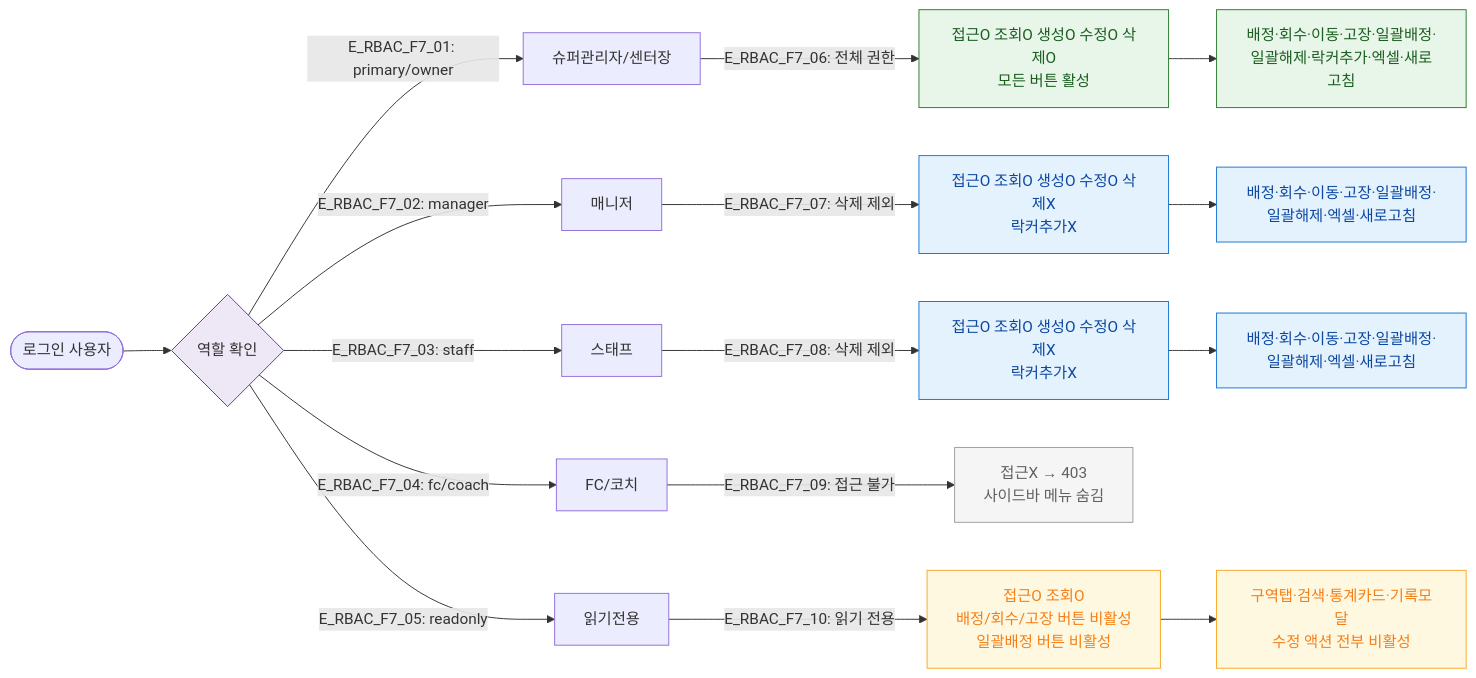
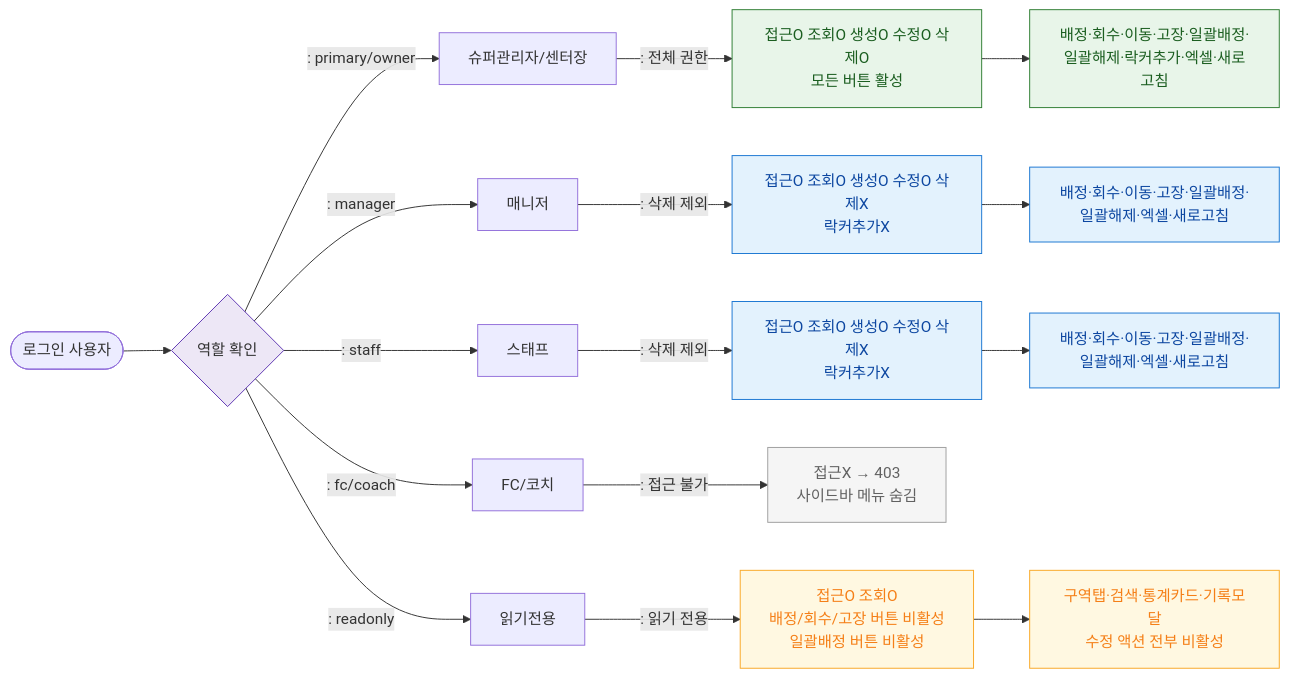
One commit to dev-spogym/admin-pando changed the diagram in docs/다이어그램/D06_시설관리/SCR-050_락커관리/F7_권한.md. Above: the diagram before and after it, drawn with Mermaid. The commit also changed other lines of this file and 1660 other files, not shown here.

First line of the commit message:
다이어그램: 기획자/클라이언트 납품본으로 정리

````diff
--- a/docs/다이어그램/D06_시설관리/SCR-050_락커관리/F7_권한.md
+++ b/docs/다이어그램/D06_시설관리/SCR-050_락커관리/F7_권한.md
@@ -22,34 +20,34 @@
 ```mermaid
 flowchart LR
     Login([로그인 사용자]) --> RoleCheck{역할 확인}
 
-    RoleCheck -->|"E_RBAC_F7_01: primary/owner"| RolePO[슈퍼관리자/센터장]
-    RoleCheck -->|"E_RBAC_F7_02: manager"| RoleMgr[매니저]
-    RoleCheck -->|"E_RBAC_F7_03: staff"| RoleStaff[스태프]
-    RoleCheck -->|"E_RBAC_F7_04: fc/coach"| RoleFC[FC/코치]
-    RoleCheck -->|"E_RBAC_F7_05: readonly"| RoleRO[읽기전용]
+    RoleCheck -->|": primary/owner"|RolePO[슈퍼관리자/센터장]
+    RoleCheck -->|": manager"|RoleMgr[매니저]
+    RoleCheck -->|": staff"|RoleStaff[스태프]
+    RoleCheck -->|": fc/coach"|RoleFC[FC/코치]
+    RoleCheck -->|": readonly"|RoleRO[읽기전용]
 
-    RolePO -->|"E_RBAC_F7_06: 전체 권한"| FullAccess[접근O 조회O 생성O 수정O 삭제O\n모든 버튼 활성]
-    RoleMgr -->|"E_RBAC_F7_07: 삭제 제외"| MgrAccess[접근O 조회O 생성O 수정O 삭제X\n락커추가X]
-    RoleStaff -->|"E_RBAC_F7_08: 삭제 제외"| StaffAccess[접근O 조회O 생성O 수정O 삭제X\n락커추가X]
-    RoleFC -->|"E_RBAC_F7_09: 접근 불가"| Blocked[접근X → 403\n사이드바 메뉴 숨김]
-    RoleRO -->|"E_RBAC_F7_10: 읽기 전용"| ROAccess[접근O 조회O\n배정/회수/고장 버튼 비활성\n일괄배정 버튼 비활성]
+    RolePO -->|": 전체 권한"|FullAccess[접근O 조회O 생성O 수정O 삭제O\n모든 버튼 활성]
+    RoleMgr -->|": 삭제 제외"|MgrAccess[접근O 조회O 생성O 수정O 삭제X\n락커추가X]
+    RoleStaff -->|": 삭제 제외"|StaffAccess[접근O 조회O 생성O 수정O 삭제X\n락커추가X]
+    RoleFC -->|": 접근 불가"|Blocked[접근X → 403\n사이드바 메뉴 숨김]
+    RoleRO -->|": 읽기 전용"|ROAccess[접근O 조회O\n배정/회수/고장 버튼 비활성\n일괄배정 버튼 비활성]
 
     FullAccess --> ActionFull[배정·회수·이동·고장·일괄배정·일괄해제·락커추가·엑셀·새로고침]
     MgrAccess --> ActionMgr[배정·회수·이동·고장·일괄배정·일괄해제·엑셀·새로고침]
     StaffAccess --> ActionStaff[배정·회수·이동·고장·일괄배정·일괄해제·엑셀·새로고침]
     ROAccess --> ActionRO[구역탭·검색·통계카드·기록모달\n수정 액션 전부 비활성]
 
     classDef screen fill:#E3F2FD,stroke:#1976D2,color:#0D47A1
     classDef error fill:#FFEBEE,stroke:#C62828,color:#B71C1C
     classDef success fill:#E8F5E9,stroke:#2E7D32,color:#1B5E20
     classDef warning fill:#FFF8E1,stroke:#F9A825,color:#F57F17
     classDef rbacBlocked fill:#F5F5F5,stroke:#9E9E9E,color:#616161
     classDef system fill:#EDE7F6,stroke:#5E35B2
 
     class FullAccess,ActionFull success
     class MgrAccess,ActionMgr,StaffAccess,ActionStaff screen
     class ROAccess,ActionRO warning
     class Blocked rbacBlocked
     class RoleCheck system
 ```
````
